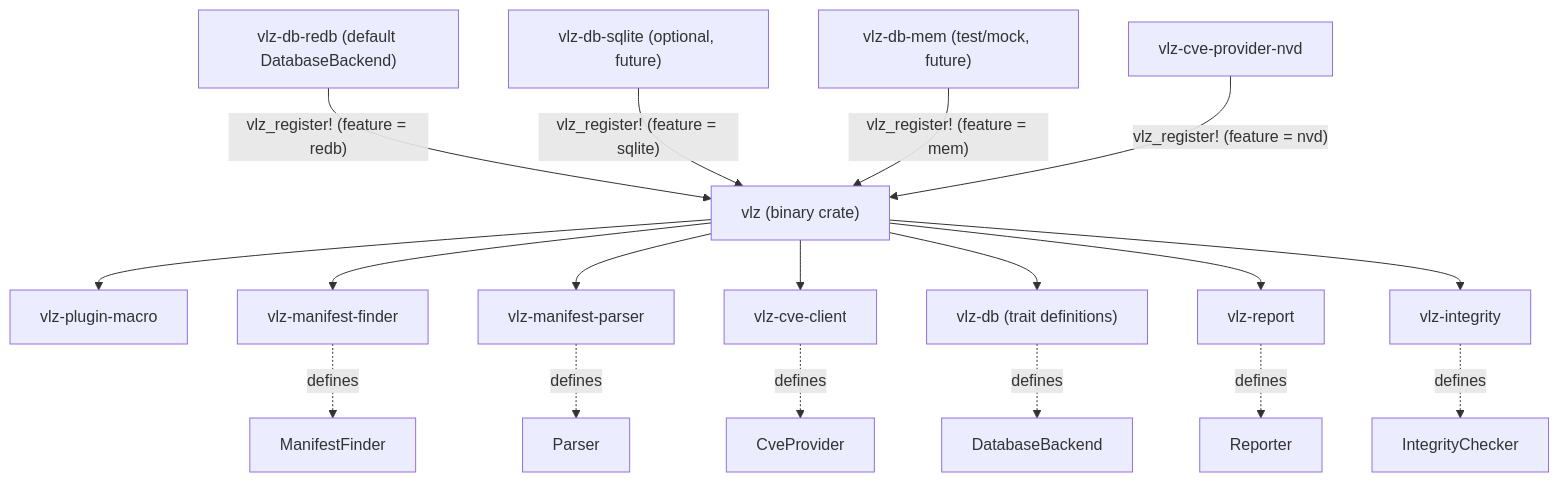
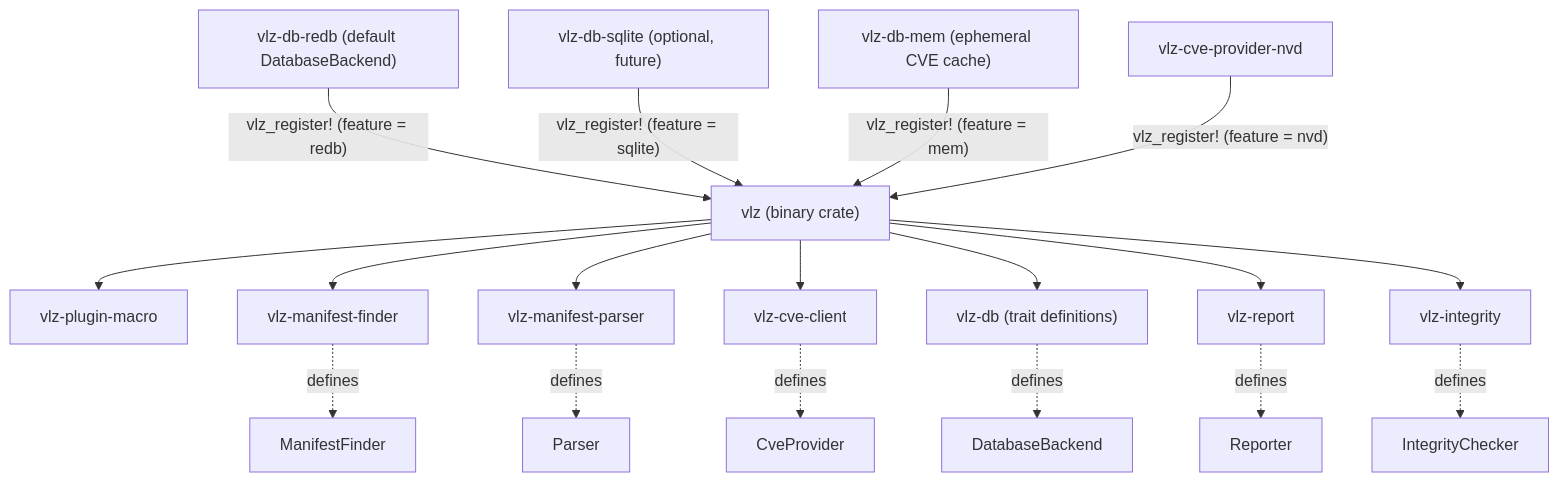
One commit to verilyze/verilyze changed the first of 3 diagrams in CONTRIBUTING.md. Above: the diagram before and after it, drawn with Mermaid. The commit also changed other lines of this file and 31 other files, not shown here.

First line of the commit message:
feat(db): mem CVE cache and JSON ignore

````diff
--- a/CONTRIBUTING.md
+++ b/CONTRIBUTING.md
@@ -53,38 +54,38 @@
 ```mermaid
 graph TD
     %% Core binary
     A["vlz (binary crate)"]
     %% Macro crate (used by binary for plugin registration)
     M["vlz-plugin-macro"]
     %% Library crates
     B["vlz-manifest-finder"]
     C["vlz-manifest-parser"]
     D["vlz-cve-client"]
     E["vlz-db (trait definitions)"]
     F["vlz-report"]
     G["vlz-integrity"]
     %% Concrete implementations (plug‑ins)
     H["vlz-db-redb (default DatabaseBackend)"]
     I["vlz-db-sqlite (optional, future)"]
-    J["vlz-db-mem (test/mock, future)"]
+    J["vlz-db-mem (ephemeral CVE cache)"]
     %% Edges from binary to libraries
     A --> B
     A --> C
     A --> D
     A --> E
     A --> F
     A --> G
     A --> M
     %% Edges from libraries to the traits they expose (collapsed for brevity)
     B -.->|defines| ManifestFinder
     C -.->|defines| Parser
     D -.->|defines| CveProvider
     E -.->|defines| DatabaseBackend
     F -.->|defines| Reporter
     G -.->|defines| IntegrityChecker
     %% Registration edges (plug‑in discovery)
     H -->|"vlz_register! (feature = redb)"| A
     I -->|"vlz_register! (feature = sqlite)"| A
     J -->|"vlz_register! (feature = mem)"| A
     K["vlz-cve-provider-nvd"] -->|"vlz_register! (feature = nvd)"| A
 ```
````
